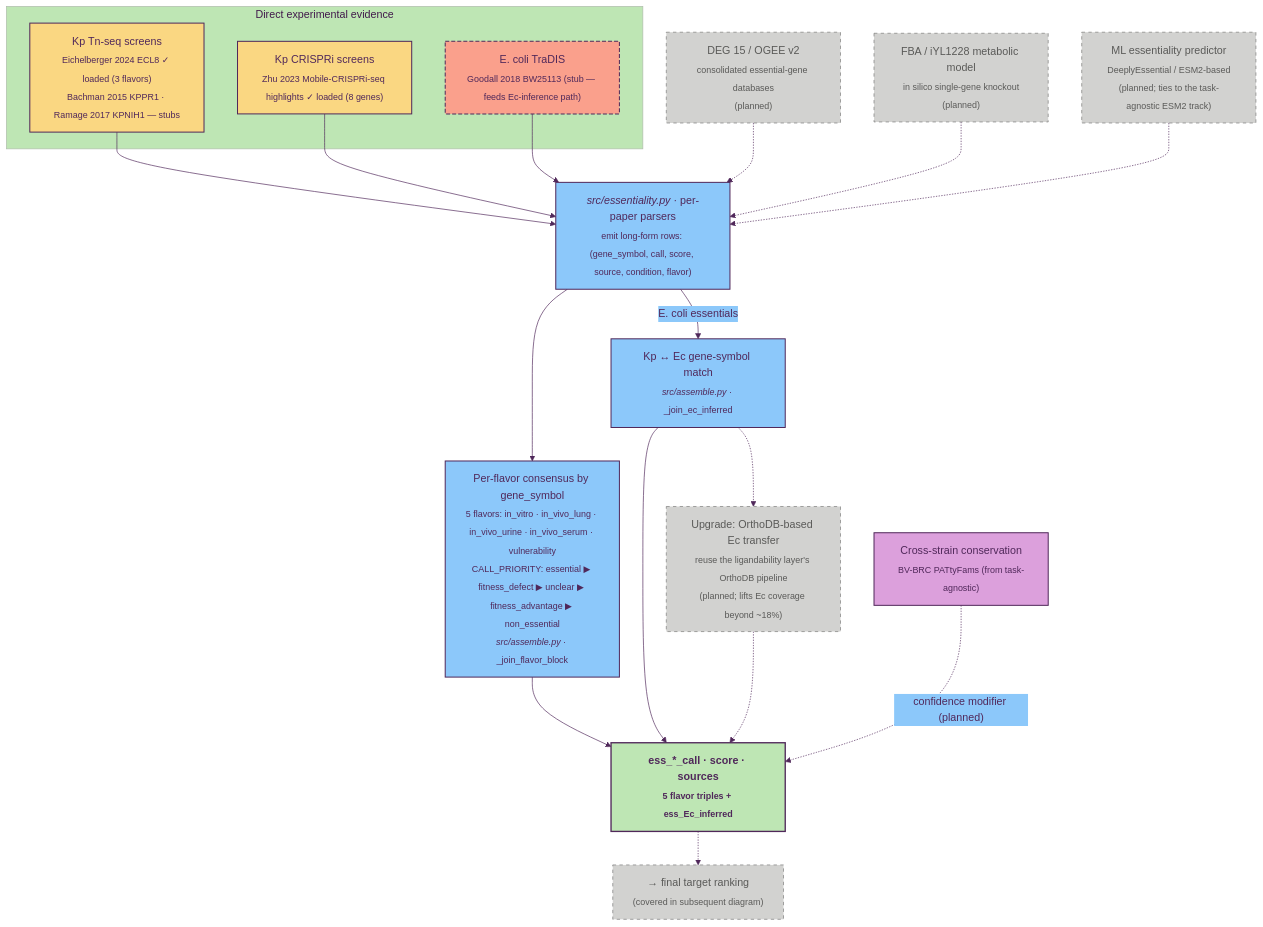
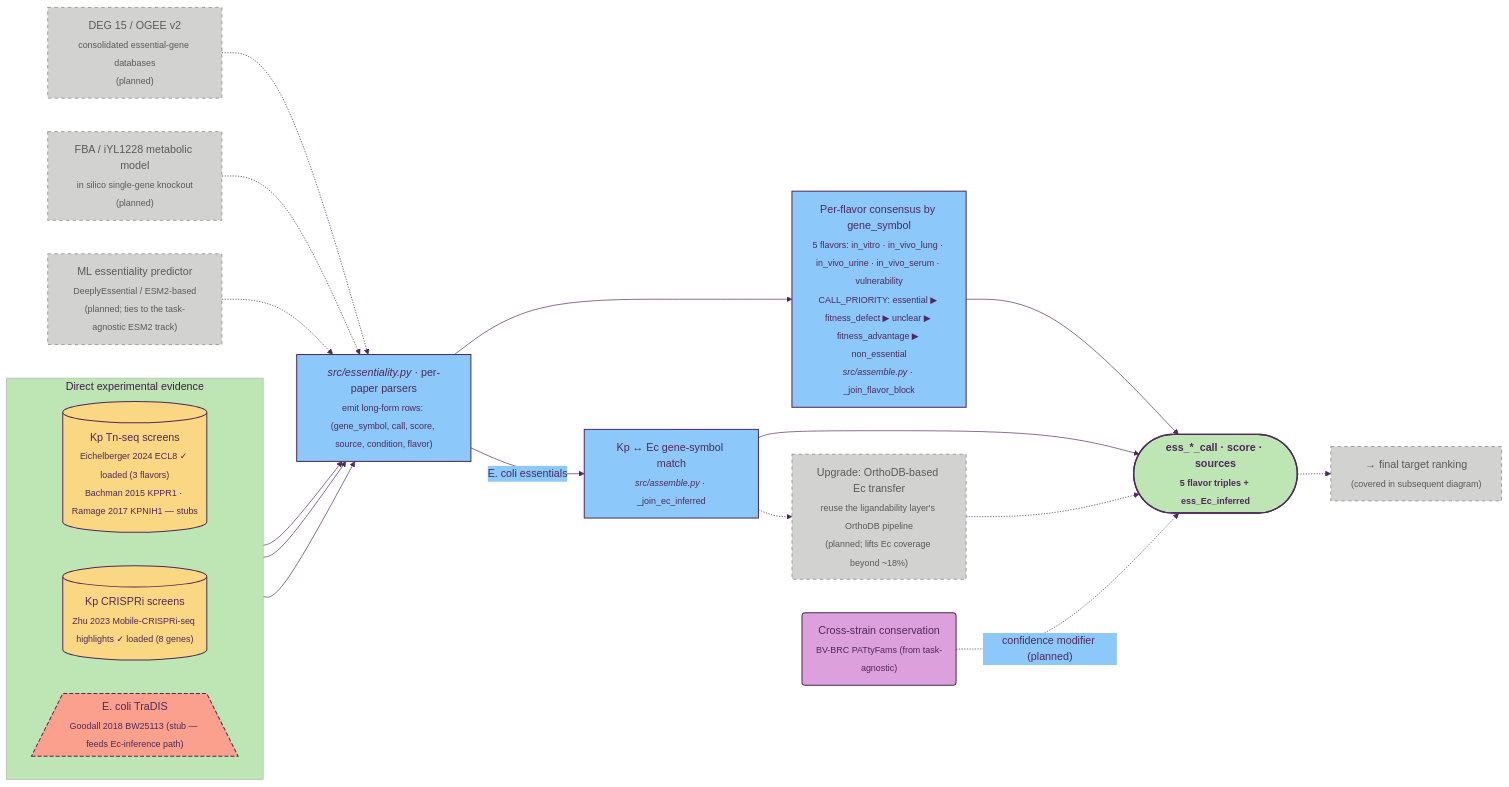
One commit to ersilia-os/gradi-target-prioritization changed the diagram in docs/04_essentiality.md. Above: the diagram before and after it, drawn with Mermaid. The commit also changed 4 other files, not shown here.

Commit message:
diagramming

````diff
--- a/docs/04_essentiality.md
+++ b/docs/04_essentiality.md
@@ -15,42 +15,43 @@
 ```mermaid
 %%{init: {'theme':'base','themeVariables':{'primaryColor':'#FAD782','primaryBorderColor':'#50285A','primaryTextColor':'#50285A','lineColor':'#50285A','secondaryColor':'#8CC8FA','tertiaryColor':'#BEE6B4','fontFamily':'Inter, system-ui, sans-serif'}}}%%
-flowchart TD
+flowchart LR
     classDef source    fill:#AA96FA,stroke:#50285A,stroke-width:1.5px,color:#1F0F2E
     classDef dataset   fill:#FAD782,stroke:#50285A,stroke-width:1.5px,color:#50285A
     classDef method    fill:#8CC8FA,stroke:#50285A,stroke-width:1.5px,color:#50285A
     classDef result    fill:#BEE6B4,stroke:#50285A,stroke-width:2px,color:#50285A,font-weight:bold
     classDef tagnostic fill:#DCA0DC,stroke:#50285A,stroke-width:1.5px,color:#50285A
     classDef stub      fill:#FAA08C,stroke:#50285A,stroke-width:1.5px,stroke-dasharray:6 3,color:#50285A
     classDef planned   fill:#D2D2D0,stroke:#7A7A78,stroke-width:1px,stroke-dasharray:5 5,color:#5A5A58
 
     subgraph DIRECT [" Direct experimental evidence "]
-        TNS["Kp Tn-seq screens<br/><sub>Eichelberger 2024 ECL8 ✓ loaded (3 flavors)</sub><br/><sub>Bachman 2015 KPPR1 · Ramage 2017 KPNIH1 — stubs</sub>"]:::dataset
-        CRI["Kp CRISPRi screens<br/><sub>Zhu 2023 Mobile-CRISPRi-seq highlights ✓ loaded (8 genes)</sub>"]:::dataset
-        ECO["E. coli TraDIS<br/><sub>Goodall 2018 BW25113 (stub — feeds Ec-inference path)</sub>"]:::stub
+        direction LR
+        TNS[("Kp Tn-seq screens<br/><sub>Eichelberger 2024 ECL8 ✓ loaded (3 flavors)</sub><br/><sub>Bachman 2015 KPPR1 · Ramage 2017 KPNIH1 — stubs</sub>")]:::dataset
+        CRI[("Kp CRISPRi screens<br/><sub>Zhu 2023 Mobile-CRISPRi-seq highlights ✓ loaded (8 genes)</sub>")]:::dataset
+        ECO[/"E. coli TraDIS<br/><sub>Goodall 2018 BW25113 (stub — feeds Ec-inference path)</sub>"\]:::stub
     end
 
     DEG["DEG 15 / OGEE v2<br/><sub>consolidated essential-gene databases</sub><br/><sub>(planned)</sub>"]:::planned
     FBA["FBA / iYL1228 metabolic model<br/><sub>in silico single-gene knockout</sub><br/><sub>(planned)</sub>"]:::planned
     ML["ML essentiality predictor<br/><sub>DeeplyEssential / ESM2-based</sub><br/><sub>(planned; ties to the task-agnostic ESM2 track)</sub>"]:::planned
 
     TNS --> PARSE["<i>src/essentiality.py</i> · per-paper parsers<br/><sub>emit long-form rows: (gene_symbol, call, score, source, condition, flavor)</sub>"]:::method
     CRI --> PARSE
     ECO --> PARSE
     DEG -.-> PARSE
     FBA -.-> PARSE
     ML  -.-> PARSE
 
     PARSE --> FLAV["Per-flavor consensus by gene_symbol<br/><sub>5 flavors: in_vitro · in_vivo_lung · in_vivo_urine · in_vivo_serum · vulnerability</sub><br/><sub>CALL_PRIORITY: essential ▶ fitness_defect ▶ unclear ▶ fitness_advantage ▶ non_essential</sub><br/><sub><i>src/assemble.py</i> · _join_flavor_block</sub>"]:::method
 
     PARSE -->|"E. coli essentials"| ECINF["Kp ↔ Ec gene-symbol match<br/><sub><i>src/assemble.py</i> · _join_ec_inferred</sub>"]:::method
     ECINF -.-> ORTHO_UP["Upgrade: OrthoDB-based Ec transfer<br/><sub>reuse the ligandability layer's OrthoDB pipeline</sub><br/><sub>(planned; lifts Ec coverage beyond ~18%)</sub>"]:::planned
 
-    CONS["Cross-strain conservation<br/><sub>BV-BRC PATtyFams (from task-agnostic)</sub>"]:::tagnostic
+    CONS("Cross-strain conservation<br/><sub>BV-BRC PATtyFams (from task-agnostic)</sub>"):::tagnostic
 
-    FLAV  --> OUT["ess_*_call · score · sources<br/><sub>5 flavor triples + ess_Ec_inferred</sub>"]:::result
+    FLAV  --> OUT(["ess_*_call · score · sources<br/><sub>5 flavor triples + ess_Ec_inferred</sub>"]):::result
     ECINF --> OUT
     ORTHO_UP -.-> OUT
     CONS -.->|"confidence modifier (planned)"| OUT
 
     OUT -.-> NEXT["→ final target ranking<br/><sub>(covered in subsequent diagram)</sub>"]:::planned
 ```
````
